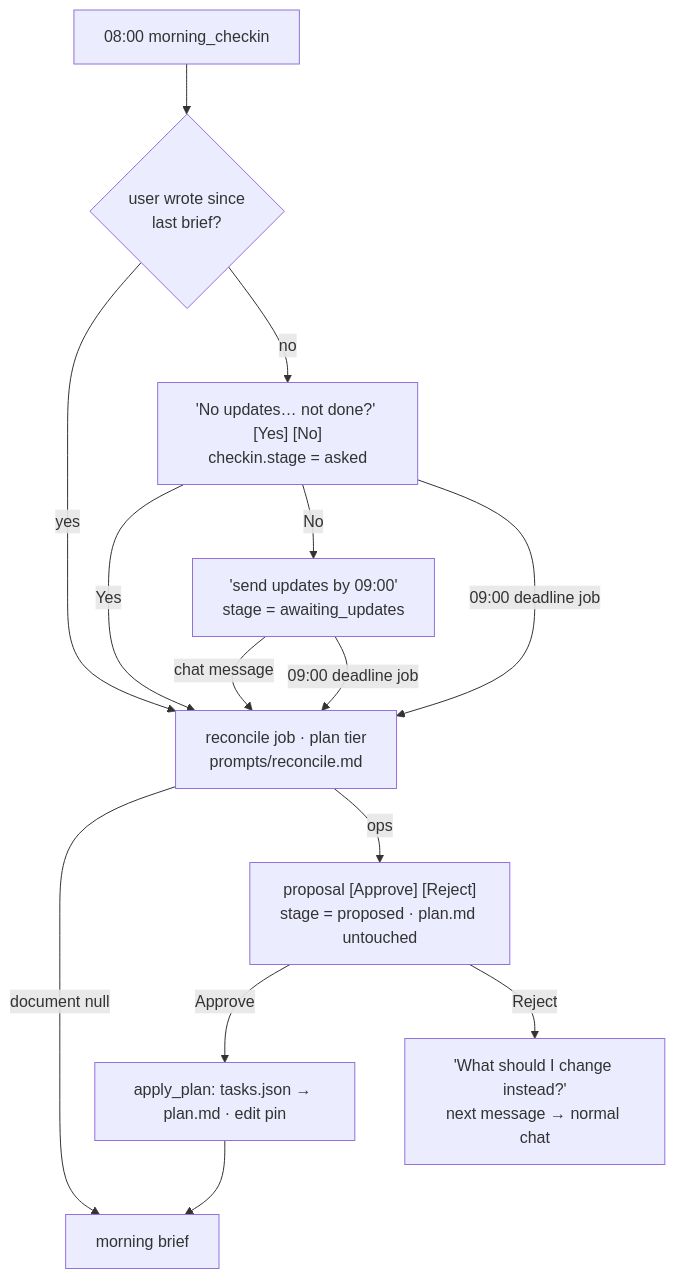
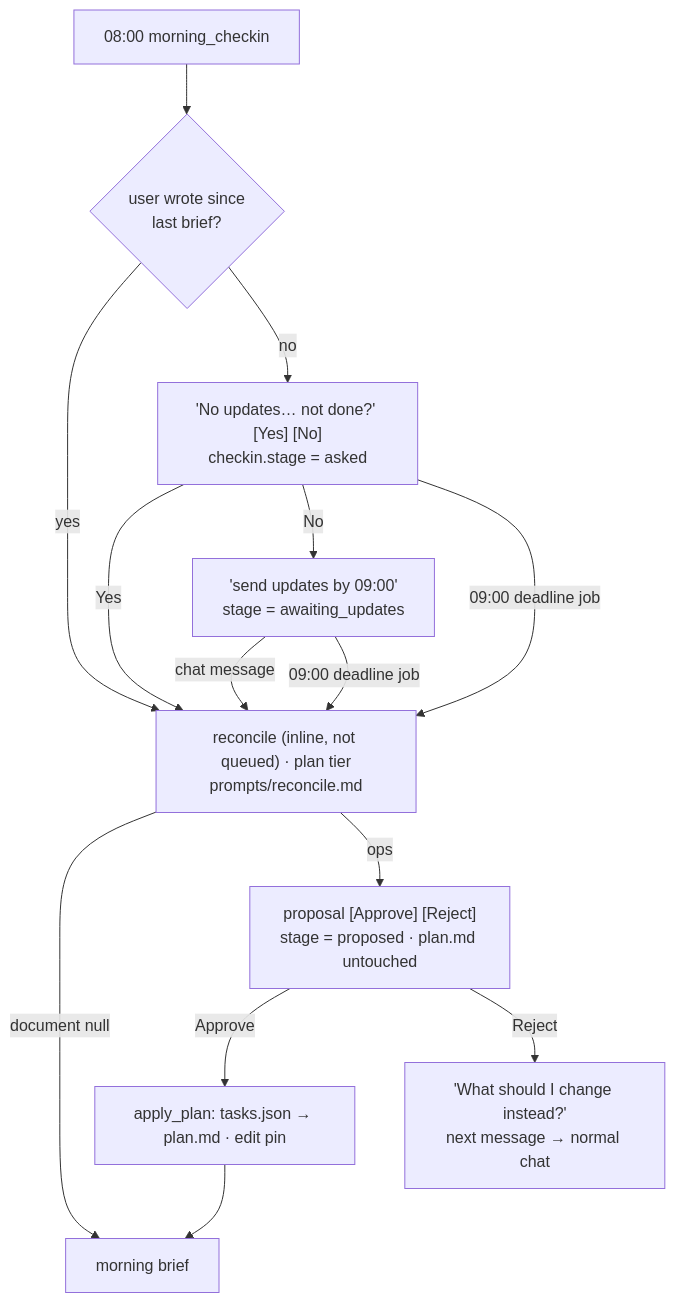
Before and after one commit to vovka/mentor-bot: diagram 13 of 19 in docs/ARCHITECTURE.md, drawn with Mermaid. The commit also changed other lines of this file and 20 other files, not shown here.

First line of the commit message:
Review fixes: inline reconcile, SIGUSR1 cancel, strict planner types, single waiter

````diff
--- a/docs/ARCHITECTURE.md
+++ b/docs/ARCHITECTURE.md
@@ -363,14 +367,14 @@
 ```mermaid
 flowchart TB
   M["08:00 morning_checkin"] --> W{user wrote since<br/>last brief?}
   W -- yes --> R
   W -- no --> Q["'No updates… not done?' [Yes] [No]<br/>checkin.stage = asked"]
   Q -- Yes --> R
   Q -- No --> AW["'send updates by 09:00'<br/>stage = awaiting_updates"]
   AW -- chat message --> R
   Q & AW -- "09:00 deadline job" --> R
-  R["reconcile job · plan tier<br/>prompts/reconcile.md"] -- "document null" --> B[morning brief]
+  R["reconcile (inline, not queued) · plan tier<br/>prompts/reconcile.md"] -- "document null" --> B[morning brief]
   R -- ops --> P["proposal [Approve] [Reject]<br/>stage = proposed · plan.md untouched"]
   P -- Approve --> AP["apply_plan: tasks.json → plan.md · edit pin"] --> B
   P -- Reject --> RJ["'What should I change instead?'<br/>next message → normal chat"]
 ```
````
